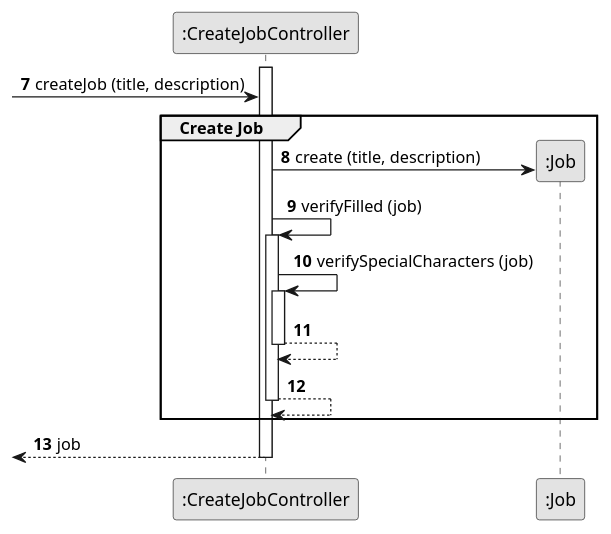
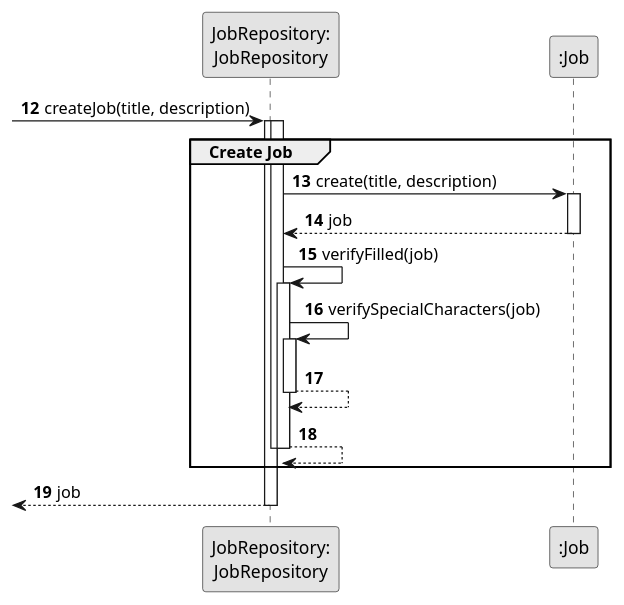
The diagram in docs/sprintB/us002/03.design/puml/us002-sequence-diagram-partial-create-job.puml (ricardomm7/leaflink), drawn with PlantUML before and after one commit. The commit also changed 1 other file, not shown here.

```diff
--- a/docs/sprintB/us002/03.design/puml/us002-sequence-diagram-partial-create-job.puml
+++ b/docs/sprintB/us002/03.design/puml/us002-sequence-diagram-partial-create-job.puml
@@ -1,31 +1,36 @@
 @startuml
 skinparam monochrome true
 skinparam packageStyle rectangle
 skinparam shadowing false
 
-autonumber 7
+autonumber 12
 
 'hide footbox
-participant ":CreateJobController" as CTRL
+participant "JobRepository:\nJobRepository" as JobRepository
 participant ":Job" as Job
-activate CTRL
--> CTRL: createJob (title, description)
+-> JobRepository : createJob(title, description)
+activate JobRepository
 
 group Create Job
-    'CTRL -> Job : calls the constructor to create a new job with provided attributes (title, description)
-    CTRL -> Job** : create (title, description)
+activate JobRepository
 
-        CTRL -> CTRL : verifyFilled (job)
-            activate CTRL
-            CTRL -> CTRL : verifySpecialCharacters (job)
-            activate CTRL
-        CTRL --> CTRL
-        deactivate CTRL
-    CTRL --> CTRL
-    deactivate CTRL
+    JobRepository -> Job : create(title, description)
+        activate Job
+        Job --> JobRepository : job
+        deactivate Job
 
+    JobRepository -> JobRepository : verifyFilled(job)
+        activate JobRepository
+        JobRepository -> JobRepository : verifySpecialCharacters(job)
+        activate JobRepository
+        JobRepository --> JobRepository
+        deactivate JobRepository
+    JobRepository --> JobRepository
+    deactivate JobRepository
+
+deactivate JobRepository
 end
-<-- CTRL : job
-deactivate CTRL
+<-- JobRepository : job
+deactivate JobRepository
 
 @enduml
```
